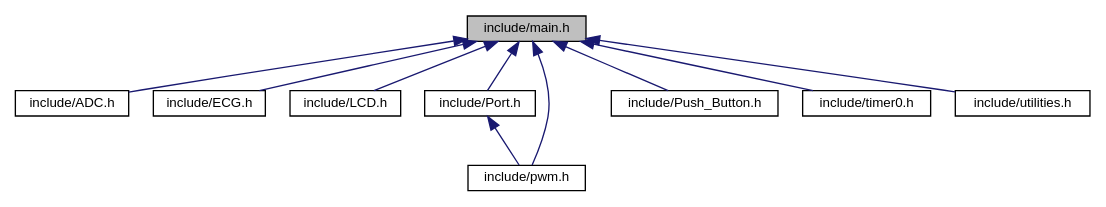
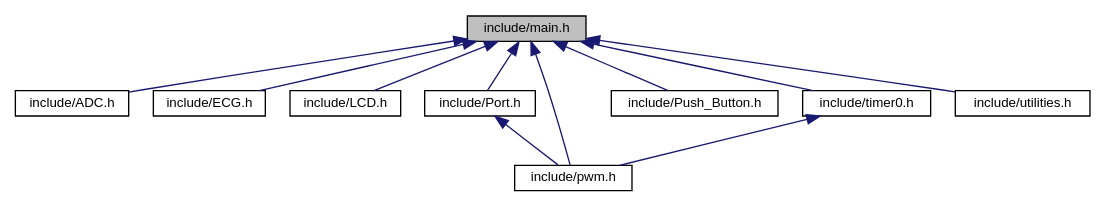
Before and after one commit to mo-gaafar/ecg-monitor-embedded-c: the diagram in docs/docbook/main_8h__dep__incl.dot, drawn with Graphviz. The commit also changed 49 other files, not shown here.

```diff
--- a/docs/docbook/main_8h__dep__incl.dot
+++ b/docs/docbook/main_8h__dep__incl.dot
@@ -1,24 +1,25 @@
 digraph "include/main.h"
 {
  // LATEX_PDF_SIZE
   edge [fontname="Helvetica",fontsize="10",labelfontname="Helvetica",labelfontsize="10"];
   node [fontname="Helvetica",fontsize="10",shape=record];
   Node1 [label="include/main.h",height=0.2,width=0.4,color="black", fillcolor="grey75", style="filled", fontcolor="black",tooltip="Microprocessor abstraction layer."];
   Node1 -> Node2 [dir="back",color="midnightblue",fontsize="10",style="solid",fontname="Helvetica"];
   Node2 [label="include/ADC.h",height=0.2,width=0.4,color="black", fillcolor="white", style="filled",URL="$_a_d_c_8h.html",tooltip="ADC driver module."];
   Node1 -> Node3 [dir="back",color="midnightblue",fontsize="10",style="solid",fontname="Helvetica"];
   Node3 [label="include/ECG.h",height=0.2,width=0.4,color="black", fillcolor="white", style="filled",URL="$_e_c_g_8h.html",tooltip="ECG Signal Processing and feature extraction module."];
   Node1 -> Node4 [dir="back",color="midnightblue",fontsize="10",style="solid",fontname="Helvetica"];
   Node4 [label="include/LCD.h",height=0.2,width=0.4,color="black", fillcolor="white", style="filled",URL="$_l_c_d_8h.html",tooltip="This is a LCD driver module."];
   Node1 -> Node5 [dir="back",color="midnightblue",fontsize="10",style="solid",fontname="Helvetica"];
   Node5 [label="include/Port.h",height=0.2,width=0.4,color="black", fillcolor="white", style="filled",URL="$_port_8h.html",tooltip="This module abstracts the pcb."];
   Node5 -> Node6 [dir="back",color="midnightblue",fontsize="10",style="solid",fontname="Helvetica"];
   Node6 [label="include/pwm.h",height=0.2,width=0.4,color="black", fillcolor="white", style="filled",URL="$pwm_8h.html",tooltip="Pulse width modulation driver module."];
   Node1 -> Node7 [dir="back",color="midnightblue",fontsize="10",style="solid",fontname="Helvetica"];
   Node7 [label="include/Push_Button.h",height=0.2,width=0.4,color="black", fillcolor="white", style="filled",URL="$_push___button_8h.html",tooltip="This is a Push Button driver module."];
   Node1 -> Node6 [dir="back",color="midnightblue",fontsize="10",style="solid",fontname="Helvetica"];
   Node1 -> Node8 [dir="back",color="midnightblue",fontsize="10",style="solid",fontname="Helvetica"];
   Node8 [label="include/timer0.h",height=0.2,width=0.4,color="black", fillcolor="white", style="filled",URL="$timer0_8h.html",tooltip="This module drives the timer0 peripheral."];
+  Node8 -> Node6 [dir="back",color="midnightblue",fontsize="10",style="solid",fontname="Helvetica"];
   Node1 -> Node9 [dir="back",color="midnightblue",fontsize="10",style="solid",fontname="Helvetica"];
   Node9 [label="include/utilities.h",height=0.2,width=0.4,color="black", fillcolor="white", style="filled",URL="$utilities_8h.html",tooltip="Useful functions."];
 }
```
